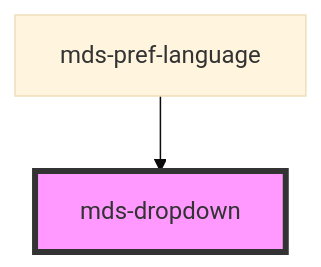
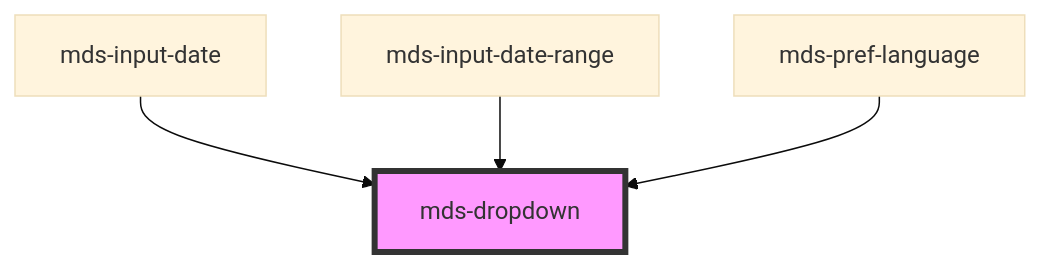
One commit to magma-design-system/magma changed the diagram in projects/stencil/src/components/mds-dropdown/readme.md. Above: the diagram before and after it, drawn with Mermaid (base theme). The commit also changed other lines of this file and 8 other files, not shown here.

Commit message:
feat: mds-dropdown added to input-date and input-date-range

````diff
--- a/projects/stencil/src/components/mds-dropdown/readme.md
+++ b/projects/stencil/src/components/mds-dropdown/readme.md
@@ -108,5 +110,7 @@
 ```mermaid
 graph TD;
+  mds-input-date --> mds-dropdown
+  mds-input-date-range --> mds-dropdown
   mds-pref-language --> mds-dropdown
   style mds-dropdown fill:#f9f,stroke:#333,stroke-width:4px
 ```
````
